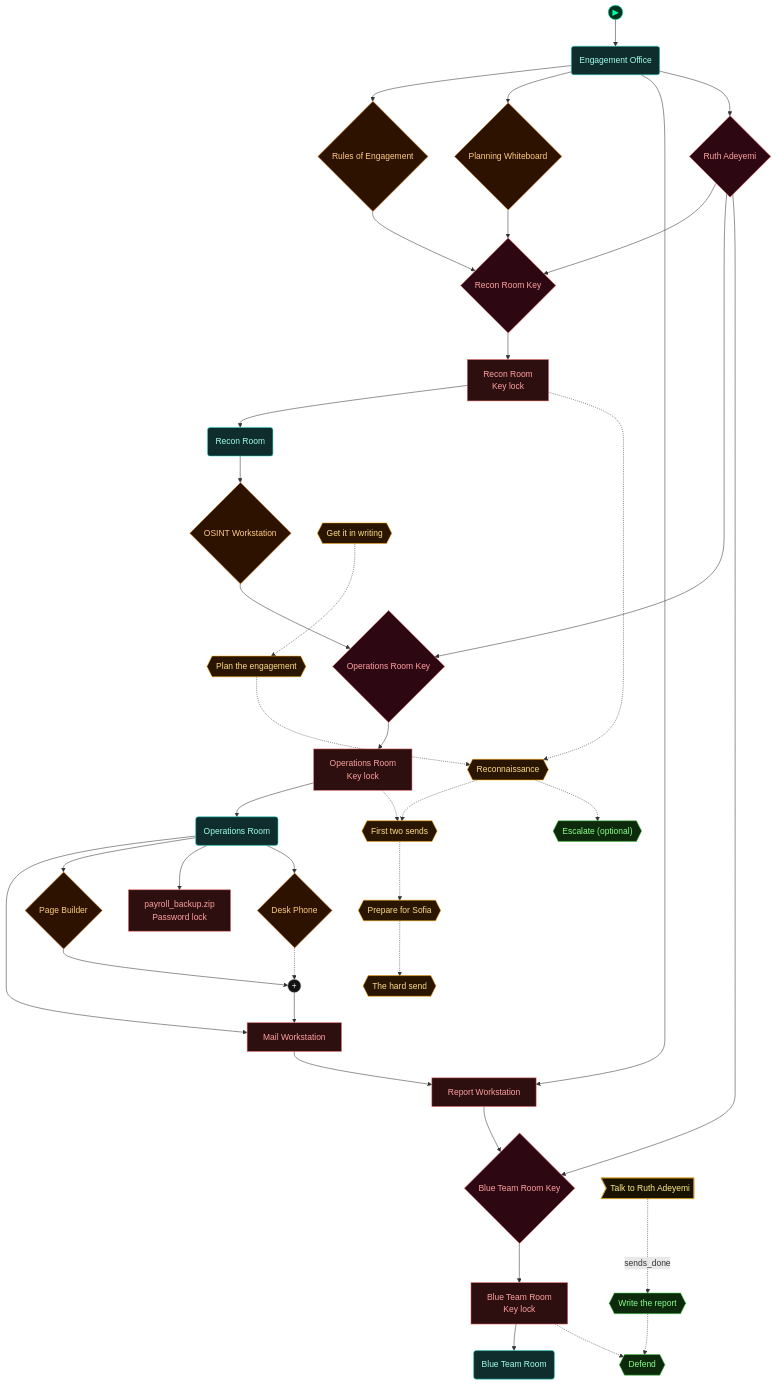
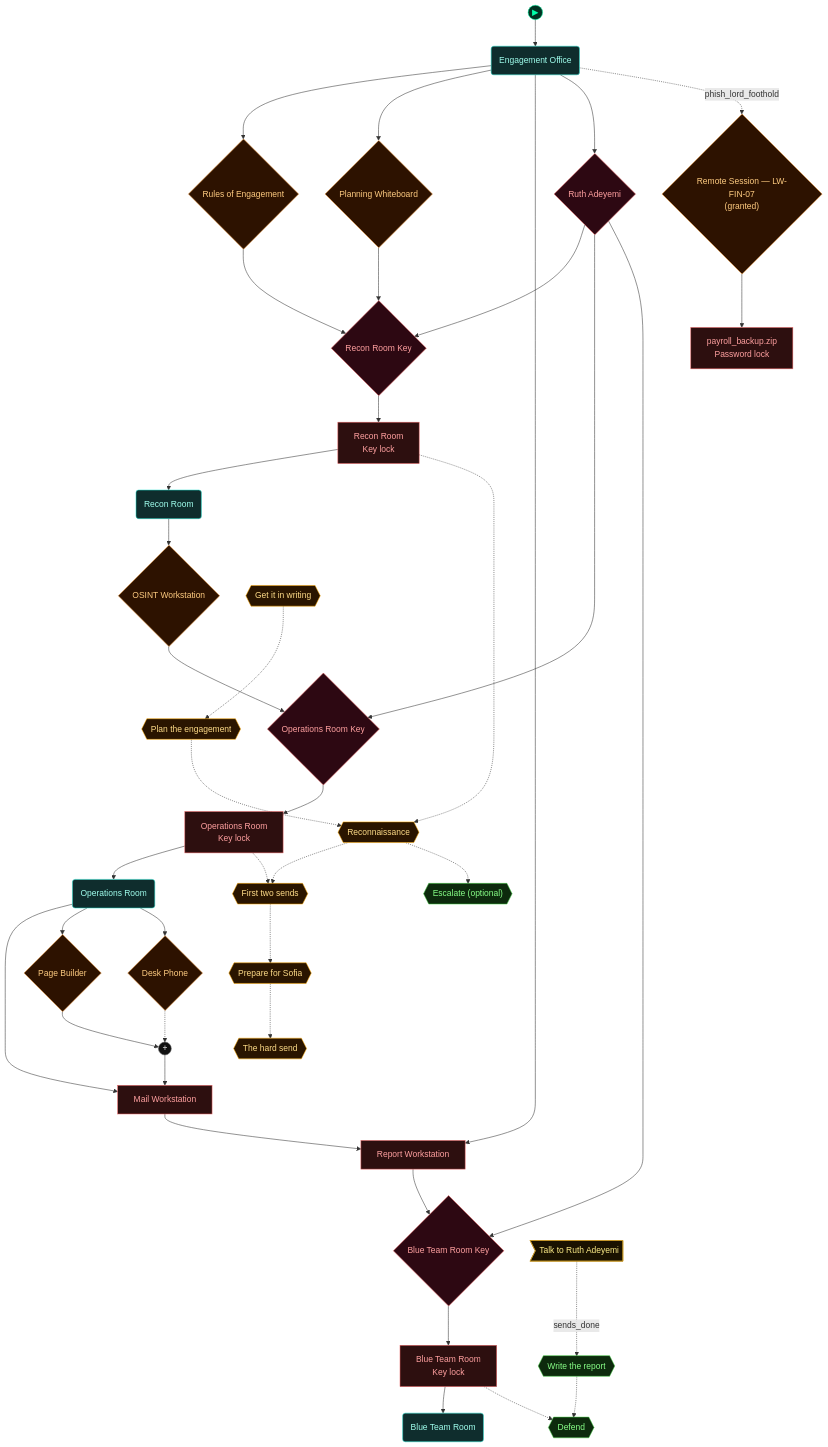
Before and after one commit to cliffe/BreakEscape: the third of 5 diagrams in scenarios/lab_social_engineering/dungeon_graph.md, drawn with Mermaid. The commit also changed other lines of this file and 5 other files, not shown here.

```diff
--- a/scenarios/lab_social_engineering/dungeon_graph.md
+++ b/scenarios/lab_social_engineering/dungeon_graph.md
@@ -214,8 +216,9 @@
   osint_workstation{"OSINT Workstation"}
   lock_mail_workstation["Mail Workstation"]
   page_builder{"Page Builder"}
+  desk_phone{"Desk Phone"}
+  grant_sofia_remote{"Remote Session — LW-FIN-07<br/>(granted)"}
   lock_sofia_archive["payroll_backup.zip<br/>Password lock"]
-  desk_phone{"Desk Phone"}
   andgate1((" + "))
   aim_authorise{{"Get it in writing"}}
   aim_plan{{"Plan the engagement"}}
@@ -245,8 +248,9 @@
   operations_room --> lock_mail_workstation
   lock_mail_workstation --> lock_report_workstation
   operations_room --> page_builder
-  operations_room --> lock_sofia_archive
   operations_room --> desk_phone
+  engagement_office -.->|phish_lord_foothold| grant_sofia_remote
+  grant_sofia_remote --> lock_sofia_archive
   desk_phone -.-> andgate1
   andgate1 --> lock_mail_workstation
   page_builder --> andgate1
@@ -268,7 +272,7 @@
 
   class door_recon_room,door_operations_room,door_blue_team_room,lock_report_workstation,lock_mail_workstation,lock_sofia_archive lock
   class recon_room,operations_room,blue_team_room,engagement_office room
-  class rules_of_engagement,planning_whiteboard,osint_workstation,page_builder,desk_phone item
+  class rules_of_engagement,planning_whiteboard,osint_workstation,page_builder,desk_phone,grant_sofia_remote item
   class npc_ruth_adeyemi,recon_room_key,operations_room_key,blue_team_room_key key
   class andgate1 gate
   class aim_authorise,aim_plan,aim_recon,aim_phish_easy,aim_prepare_hard,aim_phish_hard critical
```
